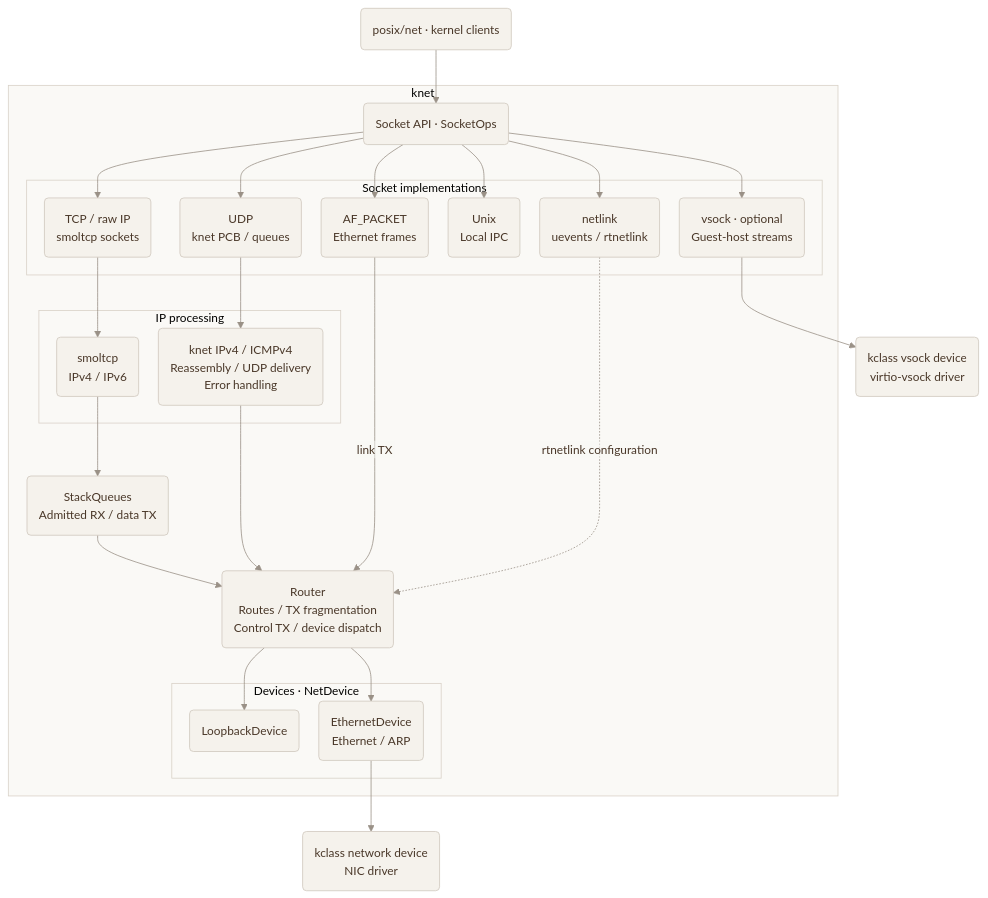
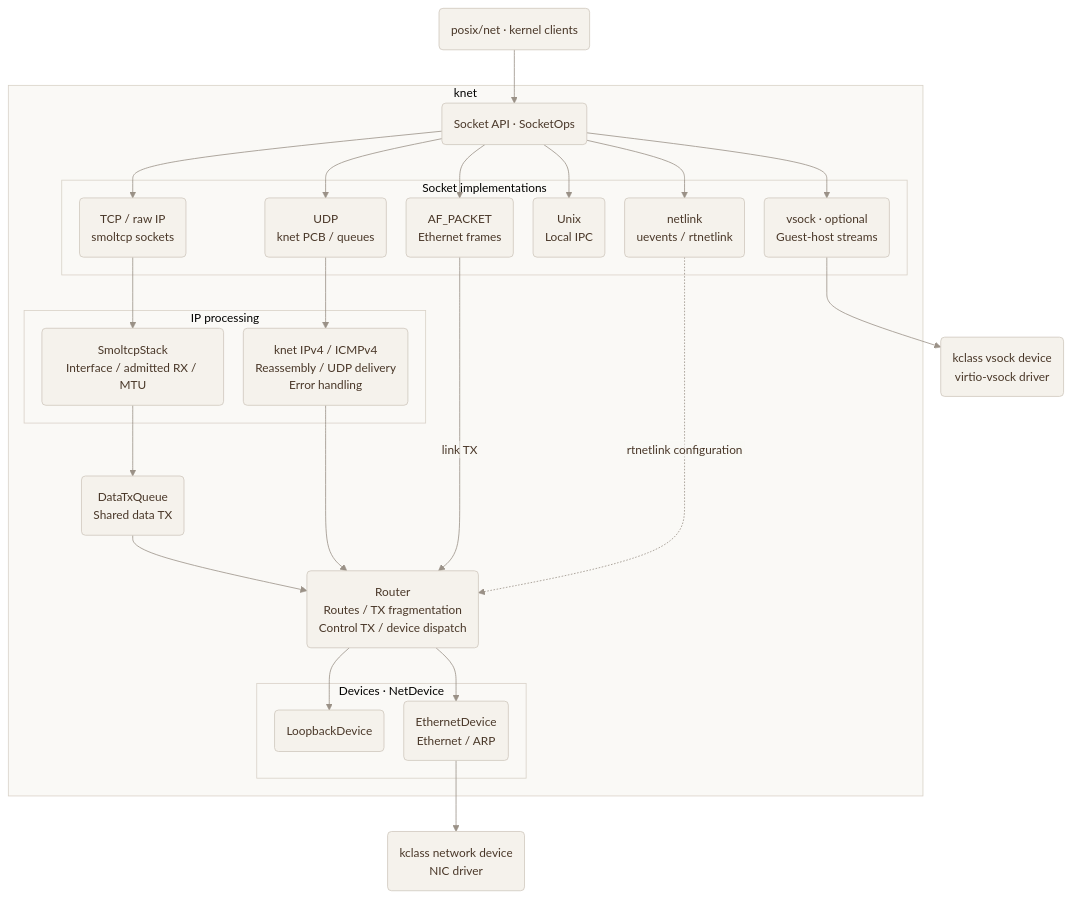
Before and after one commit to edidada/x-kernel: the first of 5 diagrams in net/knet/docs/design.md, drawn with Mermaid. The commit also changed other lines of this file and 7 other files, not shown here.

Commit message:
refactor(knet): separate smoltcp backend from shared transmit queue

```diff
--- a/net/knet/docs/design.md
+++ b/net/knet/docs/design.md
@@ -165,15 +166,15 @@
         end
 
         subgraph IP["IP processing"]
-            SMOL("smoltcp
-IPv4 / IPv6")
+            SMOL("SmoltcpStack
+Interface / admitted RX / MTU")
             IPV4("knet IPv4 / ICMPv4
 Reassembly / UDP delivery
 Error handling")
         end
 
-        QUEUES("StackQueues
-Admitted RX / data TX")
+        QUEUES("DataTxQueue
+Shared data TX")
         ROUTER("Router
 Routes / TX fragmentation
 Control TX / device dispatch")
```
